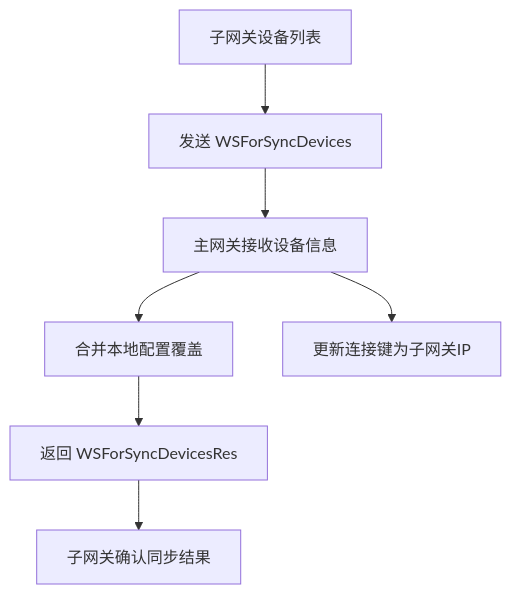
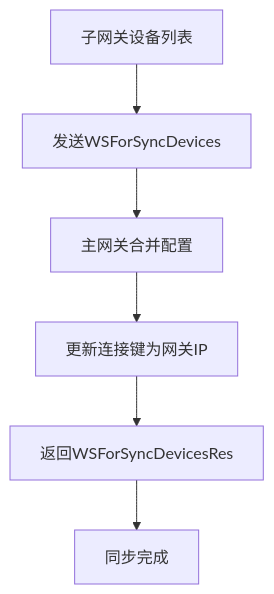
Before and after one commit to ibuilding-X/driver-box: the fourth of 11 diagrams in pages/src/content/docs/exports/gateway.mdx, drawn with Mermaid. The commit also changed other lines of this file and 6 other files, not shown here.

````diff
--- a/pages/src/content/docs/exports/gateway.mdx
+++ b/pages/src/content/docs/exports/gateway.mdx
@@ -117,9 +198,8 @@
 ```mermaid
 graph TD
-    A[子网关设备列表] --> B[发送 WSForSyncDevices]
-    B --> C[主网关接收设备信息]
-    C --> D[合并本地配置覆盖]
-    C --> E[更新连接键为子网关IP]
-    D --> F[返回 WSForSyncDevicesRes]
-    F --> G[子网关确认同步结果]
+    A[子网关设备列表] --> B[发送WSForSyncDevices]
+    B --> C[主网关合并配置]
+    C --> D[更新连接键为网关IP]
+    D --> E[返回WSForSyncDevicesRes]
+    E --> F[同步完成]
 ```
````
